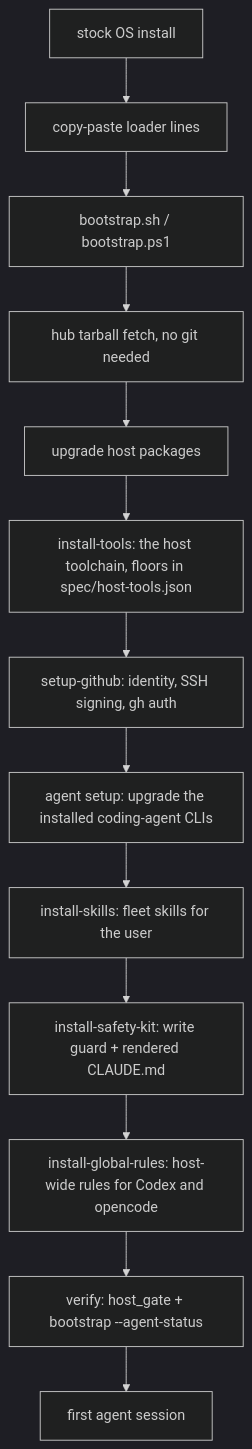
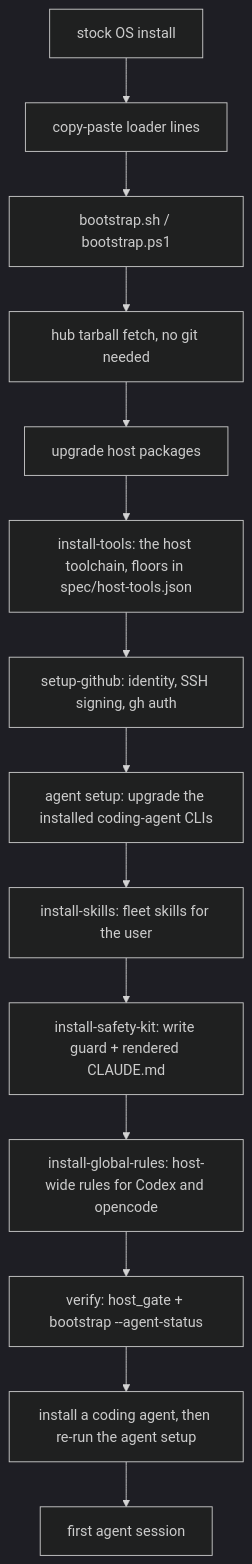
Before and after one commit to ptr727/ProjectTemplate: the second of 5 diagrams in docs/fleet-map.md, drawn with Mermaid (dark theme). The commit also changed other lines of this file and 3 other files, not shown here.

First line of the commit message:
Say the Agent Setup Guards Only Agents Already Installed on a Cold Start

````diff
--- a/docs/fleet-map.md
+++ b/docs/fleet-map.md
@@ -77,15 +77,16 @@
 ```mermaid
 flowchart TD
   os["stock OS install"] --> paste["copy-paste loader lines"]
   paste --> boot["bootstrap.sh / bootstrap.ps1"]
   boot --> fetch["hub tarball fetch, no git needed"]
   fetch --> upgrade["upgrade host packages"]
   upgrade --> tools["install-tools: the host toolchain, floors in spec/host-tools.json"]
   tools --> github["setup-github: identity, SSH signing, gh auth"]
   github --> agenttools["agent setup: upgrade the installed coding-agent CLIs"]
   agenttools --> skillsinstall["install-skills: fleet skills for the user"]
   skillsinstall --> safety["install-safety-kit: write guard + rendered CLAUDE.md"]
   safety --> rules["install-global-rules: host-wide rules for Codex and opencode"]
   rules --> verify["verify: host_gate + bootstrap --agent-status"]
-  verify --> session["first agent session"]
+  verify --> agent["install a coding agent, then re-run the agent setup"]
+  agent --> session["first agent session"]
 ```
````
